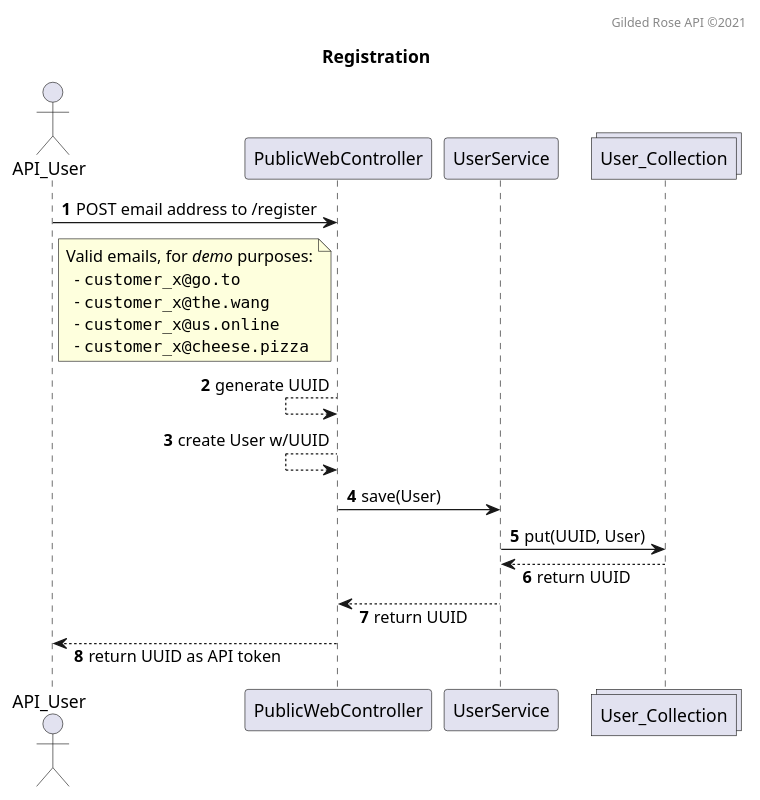
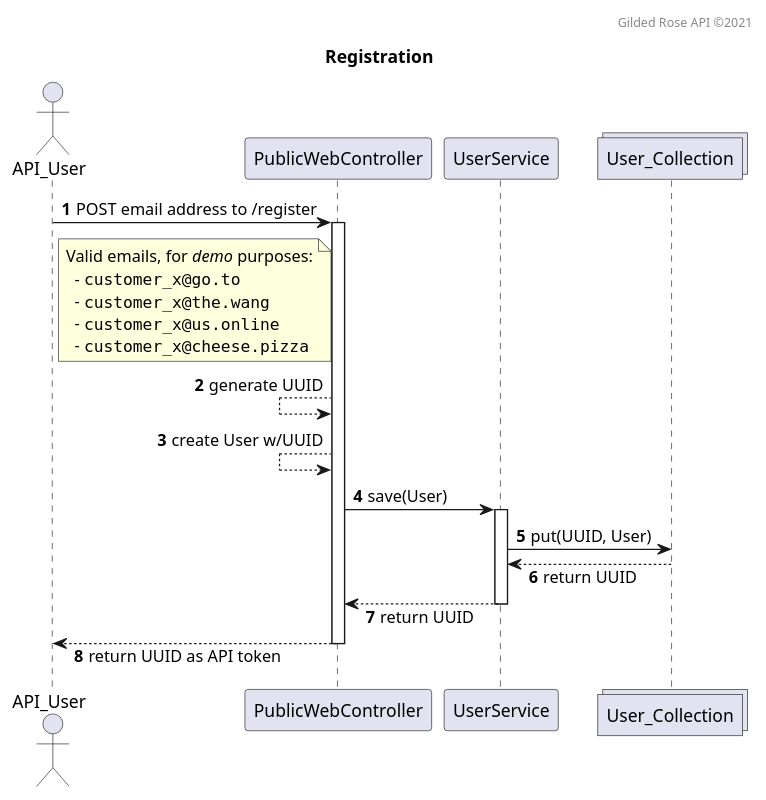
The diagram in src/main/resources/seq.register.puml (bladewheels/GildedRoseAPI), drawn with PlantUML before and after one commit.

```diff
--- a/src/main/resources/seq.register.puml
+++ b/src/main/resources/seq.register.puml
@@ -1,28 +1,32 @@
 @startuml
 skinparam responseMessageBelowArrow true
 autonumber
 
 title Registration
 header Gilded Rose API ©2021
 
 actor API_User
 participant PublicWebController
 participant UserService
 collections User_Collection
 
 API_User -> PublicWebController : POST email address to /register
 note right of API_User
  Valid emails, for //demo// purposes:
    - ""customer_x@go.to""
    - ""customer_x@the.wang""
    - ""customer_x@us.online""
    - ""customer_x@cheese.pizza""
 end note
+activate PublicWebController
 PublicWebController <-- PublicWebController : generate UUID
 PublicWebController <-- PublicWebController : create User w/UUID
 PublicWebController -> UserService : save(User)
+activate UserService
 UserService -> User_Collection : put(UUID, User)
 UserService <-- User_Collection : return UUID
 PublicWebController <-- UserService : return UUID
+deactivate UserService
 API_User <-- PublicWebController : return UUID as API token
+deactivate PublicWebController
 @enduml
```
